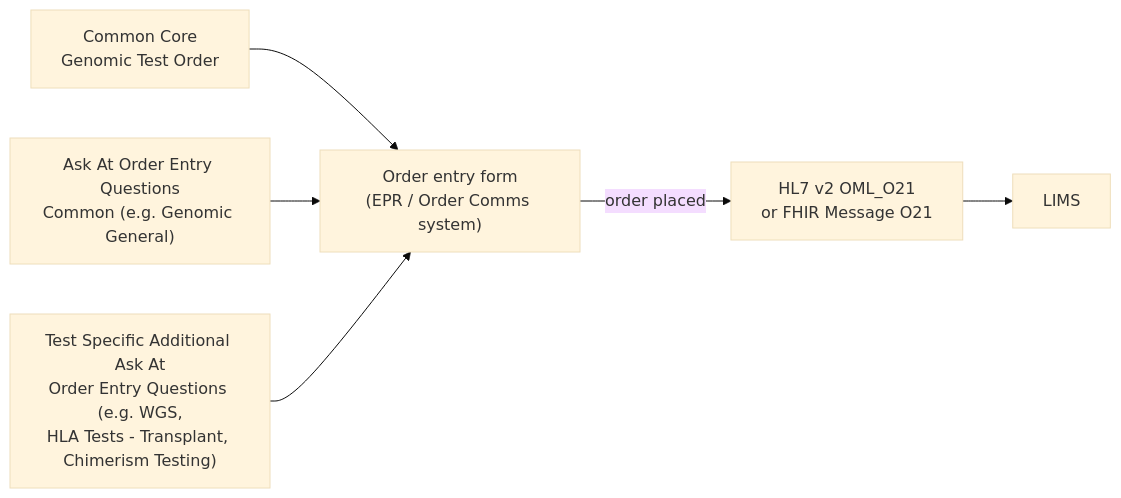
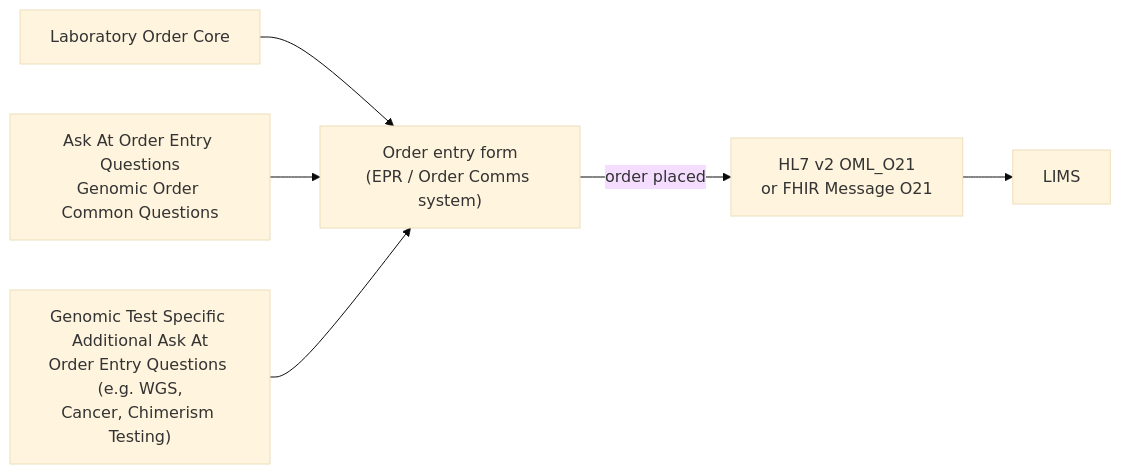
Before and after one commit to nw-gmsa/nw-gmsa.github.com: the third of 4 diagrams in input/pagecontent/Questionnaire-GenomicTestOrder-intro.md, drawn with Mermaid (base theme). The commit also changed other lines of this file, not shown here.

First line of the commit message:
Clarify Laboratory Order Core vs Genomic Order Common Questions terminology

````diff
--- a/input/pagecontent/Questionnaire-GenomicTestOrder-intro.md
+++ b/input/pagecontent/Questionnaire-GenomicTestOrder-intro.md
@@ -238,15 +238,15 @@
 ```mermaid
 flowchart LR
-    CORE["Common Core<br/>Genomic Test Order"]
-    AAOEC["Ask At Order Entry Questions<br/>Common (e.g. Genomic General)"]
-    AAOET["Test Specific Additional Ask At<br/>Order Entry Questions (e.g. WGS,<br/>HLA Tests - Transplant, Chimerism Testing)"]
+    CORE["Laboratory Order Core"]
+    AAOEC["Ask At Order Entry Questions<br/>Genomic Order Common Questions"]
+    AAOET["Genomic Test Specific Additional Ask At<br/>Order Entry Questions (e.g. WGS,<br/>Cancer, Chimerism Testing)"]
     QNAIRE["Order entry form<br/>(EPR / Order Comms system)"]
     MSG["HL7 v2 OML_O21<br/>or FHIR Message O21"]
     LIMS["LIMS"]
 
     CORE --> QNAIRE
     AAOEC --> QNAIRE
     AAOET --> QNAIRE
     QNAIRE -->|"order placed"| MSG
     MSG --> LIMS
 ```
````
